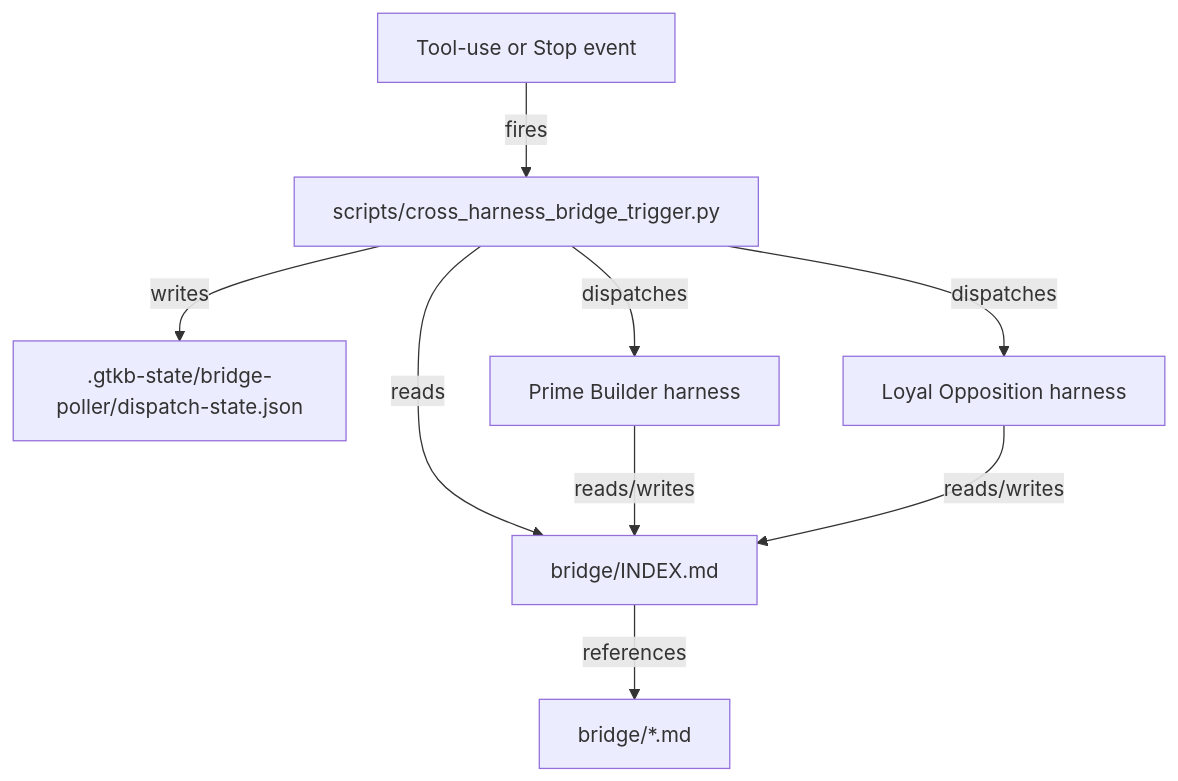
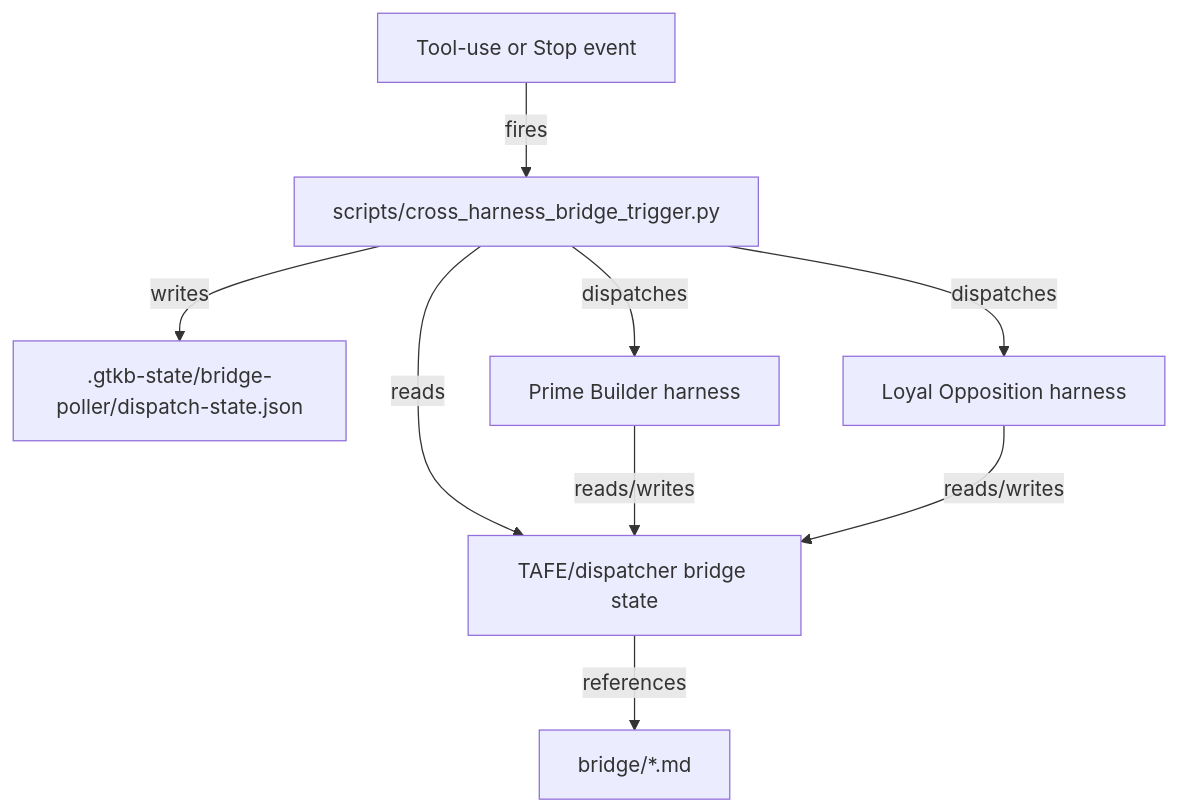
Before and after one commit to Remaker-Digital/groundtruth-kb: the first of 2 diagrams in groundtruth-kb/docs/method/12-file-bridge-automation.md, drawn with Mermaid. The commit also changed other lines of this file and 12 other files, not shown here.

Commit message:
docs(governance): WI-4797 strip bridge/INDEX.md from S1 docs verified

````diff
--- a/groundtruth-kb/docs/method/12-file-bridge-automation.md
+++ b/groundtruth-kb/docs/method/12-file-bridge-automation.md
@@ -37,11 +37,11 @@
 ```mermaid
 graph TD
     EVT[Tool-use or Stop event] -->|fires| TRG[scripts/cross_harness_bridge_trigger.py]
-    TRG -->|reads| IDX[bridge/INDEX.md]
+    TRG -->|reads| IDX[TAFE/dispatcher bridge state]
     TRG -->|writes| DST[.gtkb-state/bridge-poller/dispatch-state.json]
     TRG -->|dispatches| PRIME[Prime Builder harness]
     TRG -->|dispatches| LO[Loyal Opposition harness]
     PRIME -->|reads/writes| IDX
     LO -->|reads/writes| IDX
     IDX -->|references| FILES[bridge/*.md]
 ```
````
